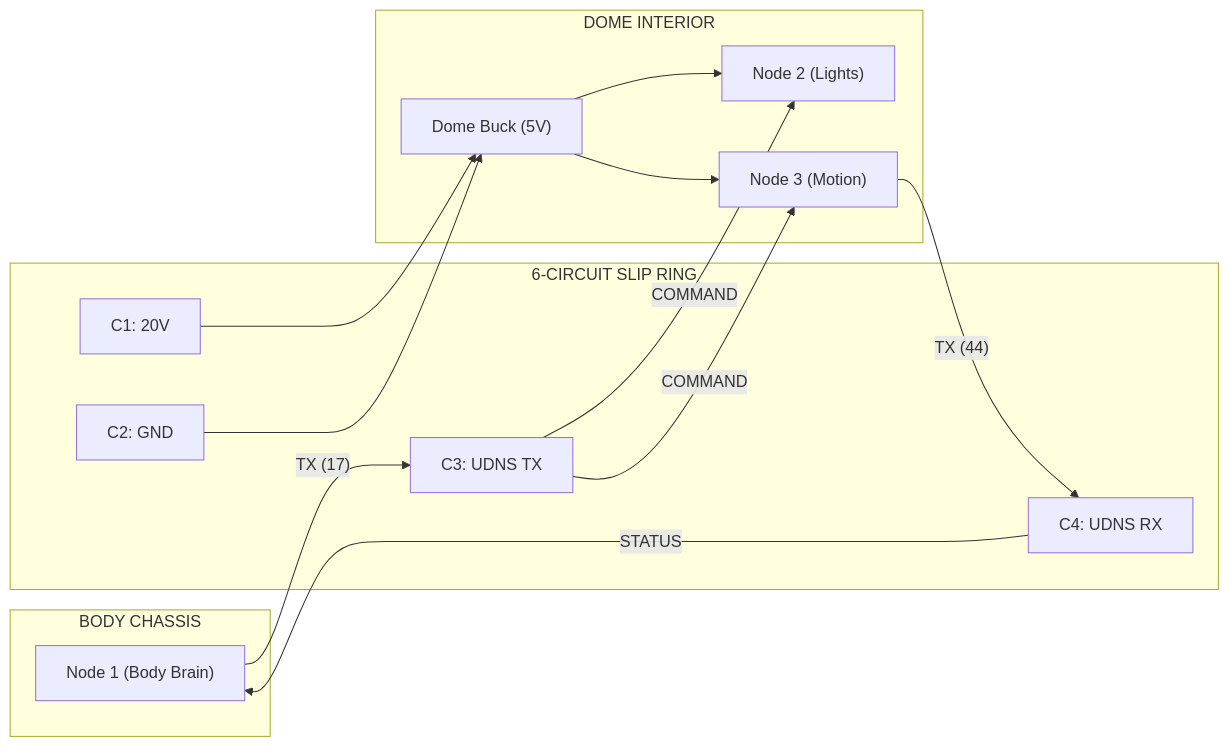
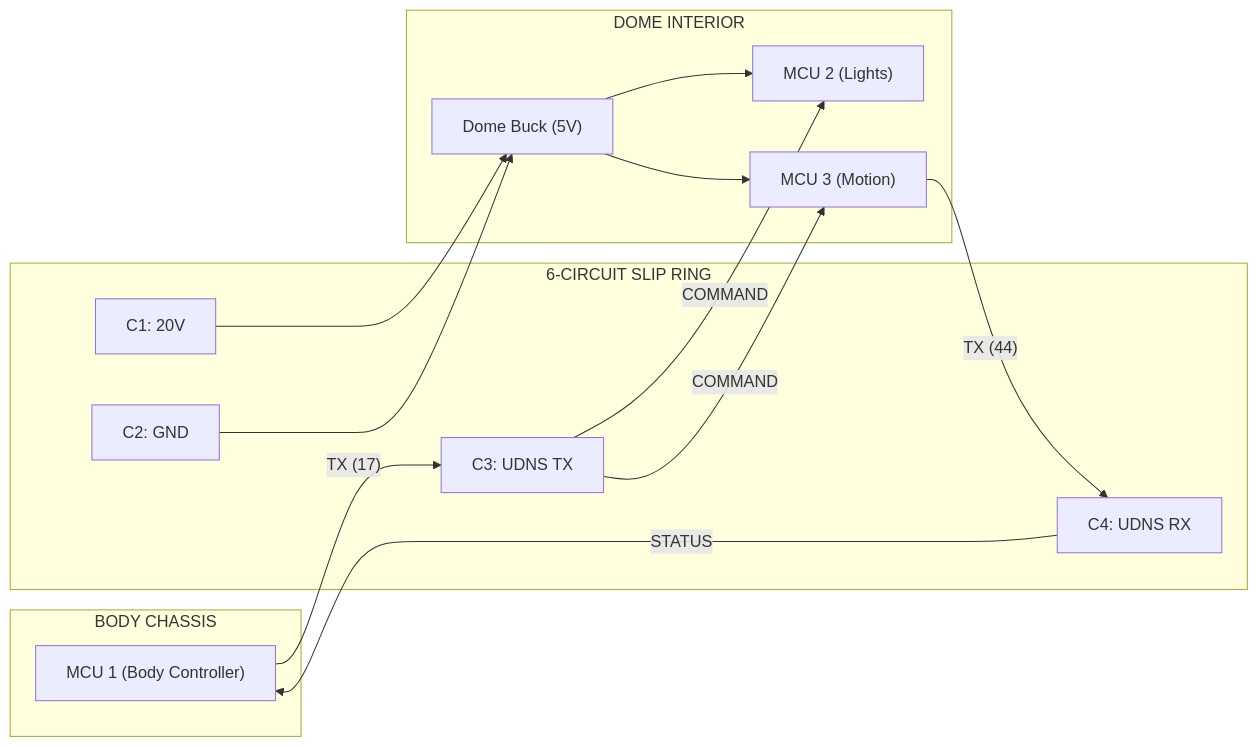
One commit to Ruzzler/Wee2-D2 changed the diagram in docs/architecture/nervous-system-wiring.md. Above: the diagram before and after it, drawn with Mermaid. The commit also changed other lines of this file and 23 other files, not shown here.

First line of the commit message:
docs: global terminology refactor from Node to MCU/Controller

````diff
--- a/docs/architecture/nervous-system-wiring.md
+++ b/docs/architecture/nervous-system-wiring.md
@@ -39,34 +39,34 @@
 ```mermaid
 graph LR
     subgraph BODY [BODY CHASSIS]
-        B_ESP["Node 1 (Body Brain)"]
+        B_ESP["MCU 1 (Body Controller)"]
     end
 
     subgraph RING [6-CIRCUIT SLIP RING]
         C1["C1: 20V"]
         C2["C2: GND"]
         C3["C3: UDNS TX"]
         C4["C4: UDNS RX"]
     end
 
     subgraph DOME [DOME INTERIOR]
         D_BUCK["Dome Buck (5V)"]
-        D_S3["Node 2 (Lights)"]
-        D_S3_M["Node 3 (Motion)"]
+        D_S3["MCU 2 (Lights)"]
+        D_S3_M["MCU 3 (Motion)"]
     end
 
     %% Power Path
     C1 --> D_BUCK
     C2 --> D_BUCK
     D_BUCK --> D_S3
     D_BUCK --> D_S3_M
 
     %% Command Path
     B_ESP -- "TX (17)" --> C3
     C3 -- "COMMAND" --> D_S3
     C3 -- "COMMAND" --> D_S3_M
 
     %% Telemetry Path
     D_S3_M -- "TX (44)" --> C4
     C4 -- "STATUS" --> B_ESP
 ```
````
